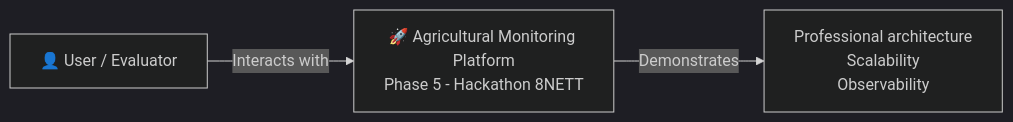
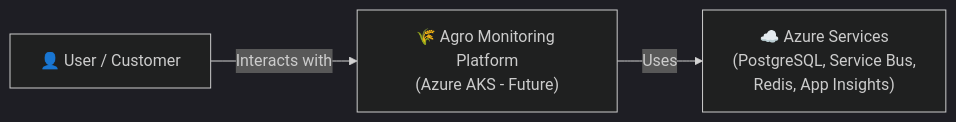
The second of 2 diagrams in docs/architecture/c4-context.md (rdpresser/tc-agro-solutions), drawn with Mermaid (dark theme) before and after one commit. The commit also changed other lines of this file and 10 other files, not shown here.

First line of the commit message:
docs: clarify Phase 5 localhost focus vs Azure future across all .md files

````diff
--- a/docs/architecture/c4-context.md
+++ b/docs/architecture/c4-context.md
@@ -3,8 +25,9 @@
 ```mermaid
 graph LR
-    User["👤 User / Evaluator"]
-    System["🚀 Agricultural Monitoring Platform<br/>Phase 5 - Hackathon 8NETT"]
+    User["👤 User / Customer"]
+    System["🌾 Agro Monitoring Platform<br/>(Azure AKS - Future)"]
+    Azure["☁️ Azure Services<br/>(PostgreSQL, Service Bus,<br/>Redis, App Insights)"]
     
     User -->|Interacts with| System
-    System -->|Demonstrates| Architecture["Professional architecture<br/>Scalability<br/>Observability"]
+    System -->|Uses| Azure
 ```
````
